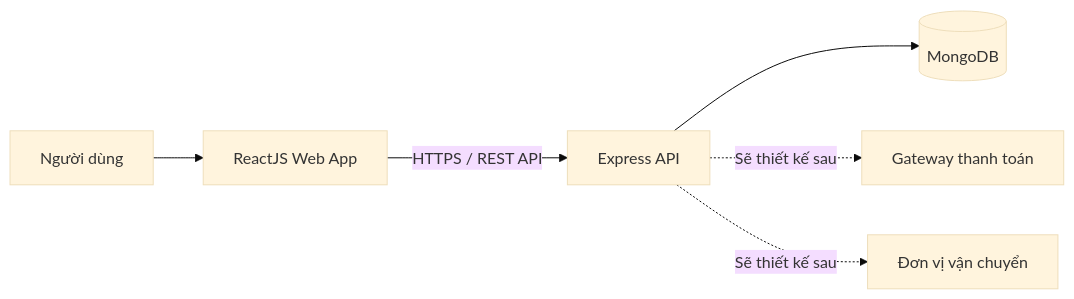
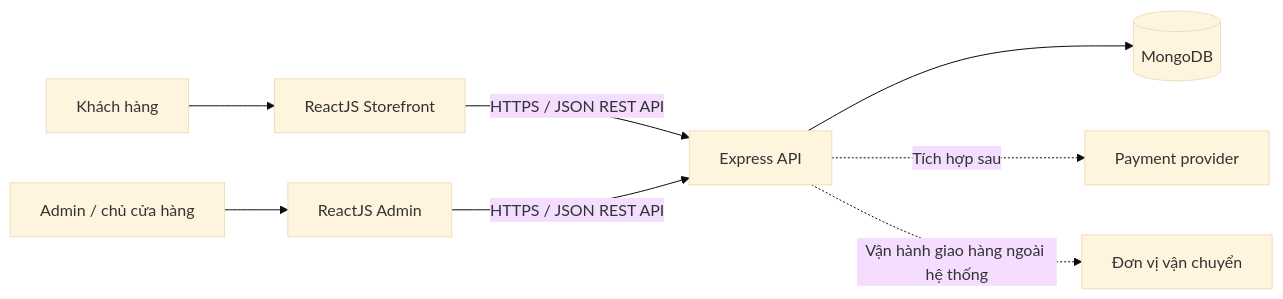
The first of 2 diagrams in SystemDesign.md (imasing/Book-Store), drawn with Mermaid (base theme) before and after one commit. The commit also changed other lines of this file and 38 other files, not shown here.

````diff
--- a/SystemDesign.md
+++ b/SystemDesign.md
@@ -13,8 +20,10 @@
 ```mermaid
 flowchart LR
-    User[Người dùng] --> Web[ReactJS Web App]
-    Web -->|HTTPS / REST API| API[Express API]
+    Customer[Khách hàng] --> Web[ReactJS Storefront]
+    Admin[Admin / chủ cửa hàng] --> AdminWeb[ReactJS Admin]
+    Web -->|HTTPS / JSON REST API| API[Express API]
+    AdminWeb -->|HTTPS / JSON REST API| API
     API --> DB[(MongoDB)]
-    API -. Sẽ thiết kế sau .-> Payment[Gateway thanh toán]
-    API -. Sẽ thiết kế sau .-> Delivery[Đơn vị vận chuyển]
+    API -. Tích hợp sau .-> Payment[Payment provider]
+    API -. Vận hành giao hàng ngoài hệ thống .-> Carrier[Đơn vị vận chuyển]
 ```
````
